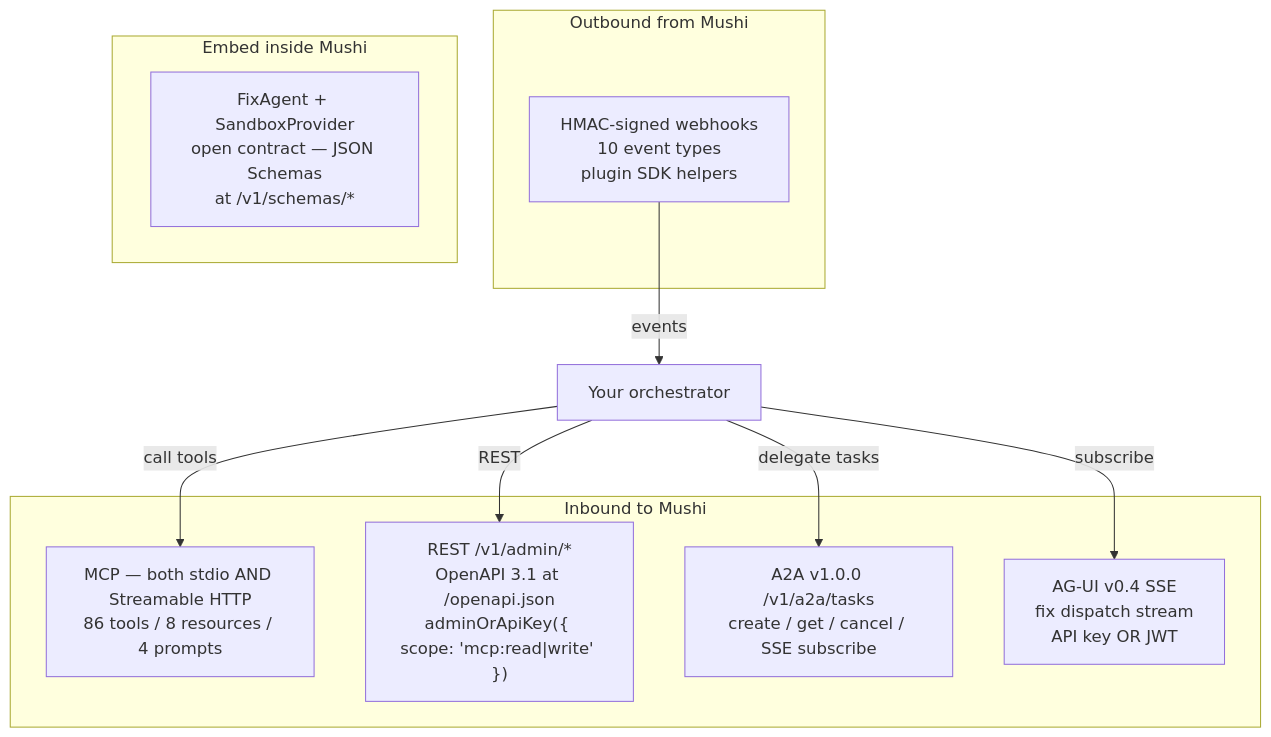
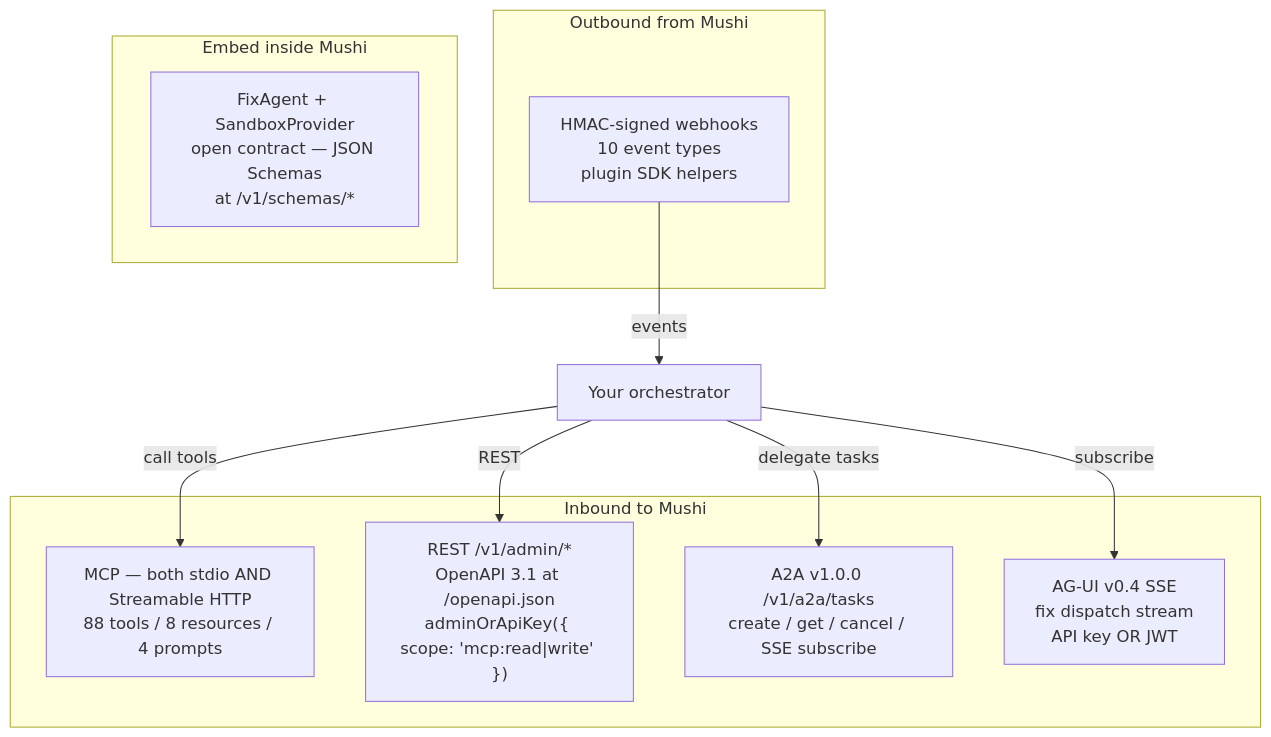
The diagram in apps/docs/content/concepts/orchestrator-interop.mdx (kensaurus/mushi-mushi), drawn with Mermaid before and after one commit. The commit also changed other lines of this file and 88 other files, not shown here.

````diff
--- a/apps/docs/content/concepts/orchestrator-interop.mdx
+++ b/apps/docs/content/concepts/orchestrator-interop.mdx
@@ -32,20 +32,20 @@
 ```mermaid
 flowchart TB
   subgraph Inbound["Inbound to Mushi"]
-    MCP["MCP — both stdio AND Streamable HTTP<br/>86 tools / 8 resources / 4 prompts"]
+    MCP["MCP — both stdio AND Streamable HTTP<br/>88 tools / 8 resources / 4 prompts"]
     REST["REST /v1/admin/*<br/>OpenAPI 3.1 at /openapi.json<br/>adminOrApiKey({ scope: 'mcp:read|write' })"]
     A2A["A2A v1.0.0 /v1/a2a/tasks<br/>create / get / cancel / SSE subscribe"]
     AGUI["AG-UI v0.4 SSE<br/>fix dispatch stream<br/>API key OR JWT"]
   end
   subgraph Outbound["Outbound from Mushi"]
     Hooks["HMAC-signed webhooks<br/>10 event types<br/>plugin SDK helpers"]
   end
   subgraph Native["Embed inside Mushi"]
     FA["FixAgent + SandboxProvider<br/>open contract — JSON Schemas<br/>at /v1/schemas/*"]
   end
   Orch["Your orchestrator"] -->|"call tools"| MCP
   Orch -->|"REST"| REST
   Orch -->|"delegate tasks"| A2A
   Orch -->|"subscribe"| AGUI
   Hooks -->|"events"| Orch
 ```
````
